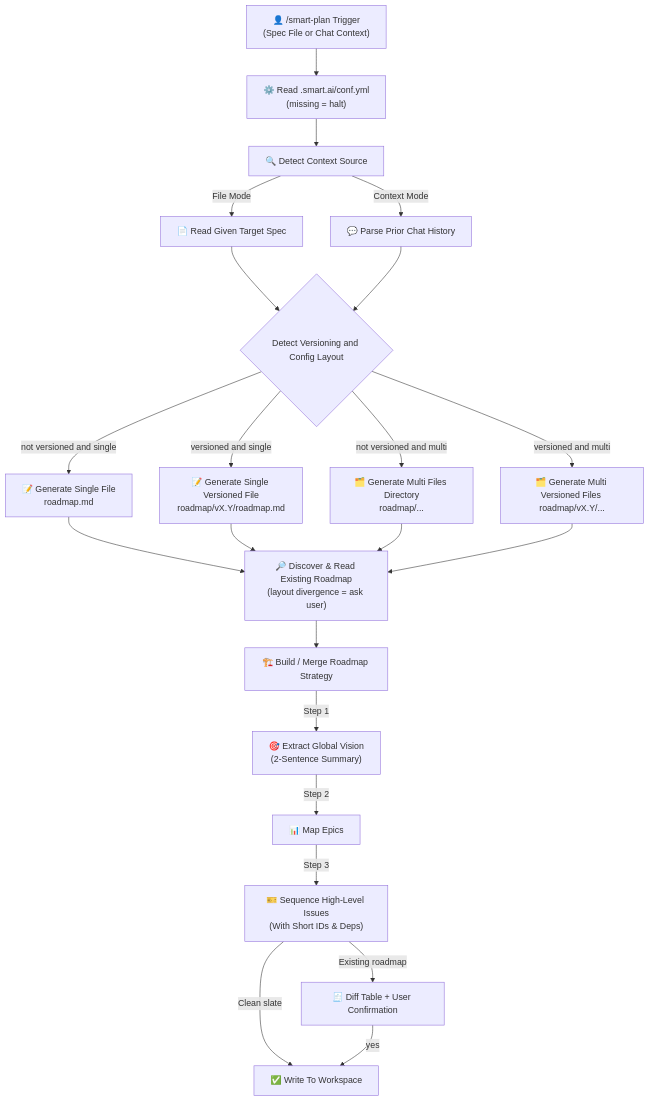
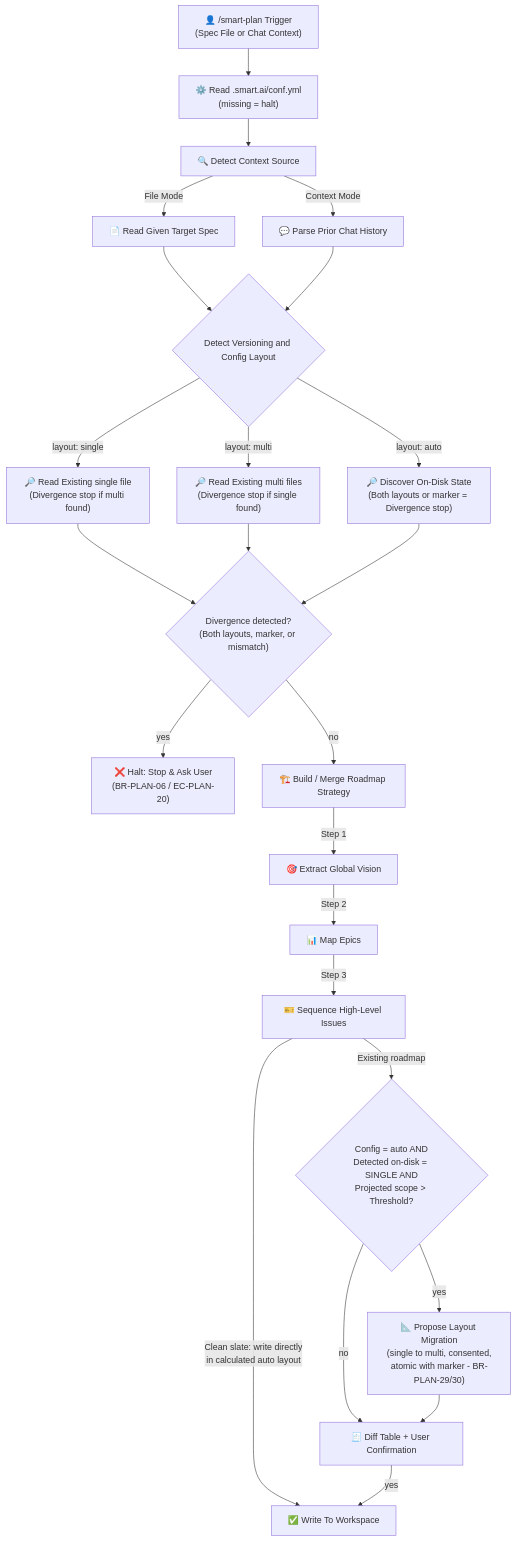
Before and after one commit to fletort/smart-ai-factory: the first of 3 diagrams in docs/specs/smart-plan.md, drawn with Mermaid. The commit also changed other lines of this file and 1 other file, not shown here.

Commit message:
doc: roadmap - `auto`-layout switch (#38)

````diff
--- a/docs/specs/smart-plan.md
+++ b/docs/specs/smart-plan.md
@@ -49,31 +49,35 @@
   ```mermaid
   graph TD
       Input["👤 /smart-plan Trigger<br/>(Spec File or Chat Context)"] --> Config["⚙️ Read .smart.ai/conf.yml<br/>(missing = halt)"]
       Config --> Source["🔍 Detect Context Source"]
 
       Source -->|File Mode| ReadFile["📄 Read Given Target Spec"]
       Source -->|Context Mode| ReadChat["💬 Parse Prior Chat History"]
 
       ReadFile --> Strategy{"Detect Versioning and Config Layout"}
       ReadChat --> Strategy
 
-      Strategy -->|not versioned and single| Single["📝 Generate Single File<br/>roadmap.md"]
-      Strategy -->|versioned and single| SingleVer["📝 Generate Single Versioned File<br/>roadmap/vX.Y/roadmap.md"]
-      Strategy -->|not versioned and multi| Multi["🗂️ Generate Multi Files Directory<br/>roadmap/..."]
-      Strategy -->|versioned and multi| MultiVer["🗂️ Generate Multi Versioned Files <br/>roadmap/vX.Y/..."]
+      Strategy -->|layout: single| DiscoverSingle["🔎 Read Existing single file<br/>(Divergence stop if multi found)"]
+      Strategy -->|layout: multi| DiscoverMulti["🔎 Read Existing multi files<br/>(Divergence stop if single found)"]
+      Strategy -->|layout: auto| DiscoverAuto["🔎 Discover On-Disk State<br/>(Both layouts or marker = Divergence stop)"]
 
-      Single --> Discover["🔎 Discover & Read Existing Roadmap<br/>(layout divergence = ask user)"]
-      SingleVer --> Discover
-      Multi --> Discover
-      MultiVer --> Discover
+      DiscoverSingle --> CheckDiv{"Divergence detected?<br/>(Both layouts, marker, or mismatch)"}
+      DiscoverMulti --> CheckDiv
+      DiscoverAuto --> CheckDiv
 
-      Discover --> Process["🏗️ Build / Merge Roadmap Strategy"]
+      CheckDiv -->|yes| HaltDiv["❌ Halt: Stop & Ask User<br/>(BR-PLAN-06 / EC-PLAN-20)"]
+      CheckDiv -->|no| Process["🏗️ Build / Merge Roadmap Strategy"]
 
-      Process -->|Step 1| Vision["🎯 Extract Global Vision<br/>(2-Sentence Summary)"]
+      Process -->|Step 1| Vision["🎯 Extract Global Vision"]
       Vision -->|Step 2| Epics["📊 Map Epics"]
-      Epics -->|Step 3| Issues["🎫 Sequence High-Level Issues<br/>(With Short IDs & Deps)"]
+      Epics -->|Step 3| Issues["🎫 Sequence High-Level Issues"]
 
-      Issues -->|Clean slate| Output["✅ Write To Workspace"]
-      Issues -->|Existing roadmap| Confirm["🧾 Diff Table + User Confirmation"]
+      Issues -->|Clean slate: write directly<br/>in calculated auto layout| Output["✅ Write To Workspace"]
+      Issues -->|Existing roadmap| LayoutEval{"Config = auto AND<br/>Detected on-disk = SINGLE AND<br/>Projected scope > Threshold?"}
+
+      LayoutEval -->|yes| ProposeLayout["📐 Propose Layout Migration<br/>(single to multi, consented,<br/>atomic with marker - BR-PLAN-29/30)"]
+      LayoutEval -->|no| Confirm["🧾 Diff Table + User Confirmation"]
+      ProposeLayout --> Confirm
+
       Confirm -->|yes| Output
   ```
````
